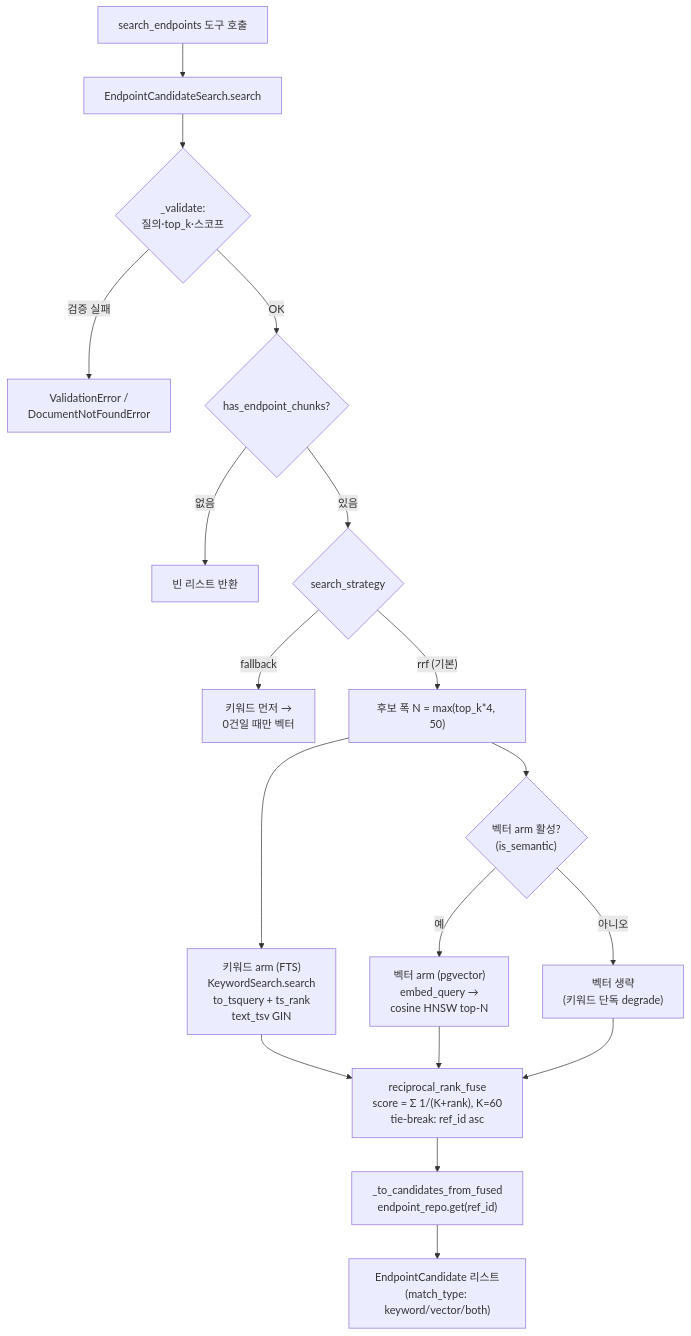
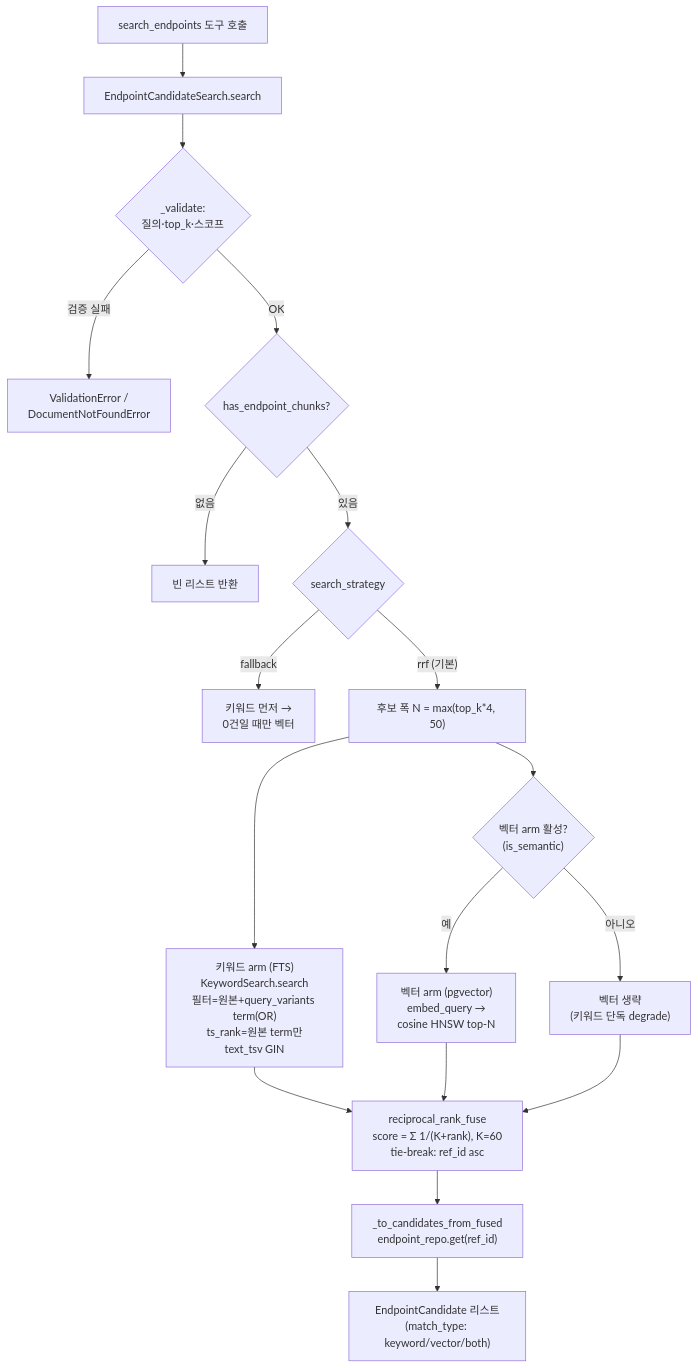
One commit to khangte/docs-mcp changed the first of 2 diagrams in docs/00-search-flow.md. Above: the diagram before and after it, drawn with Mermaid. The commit also changed other lines of this file and 14 other files, not shown here.

First line of the commit message:
feat: 엔드포인트 검색에 query_variants 배선, 순회 힌트 링크 추가

````diff
--- a/docs/00-search-flow.md
+++ b/docs/00-search-flow.md
@@ -75,20 +75,20 @@
 ```mermaid
 flowchart TD
     A["search_endpoints 도구 호출"] --> B["EndpointCandidateSearch.search"]
     B --> C{"_validate:<br/>질의·top_k·스코프"}
     C -->|"검증 실패"| ERR["ValidationError /<br/>DocumentNotFoundError"]
     C -->|"OK"| D{"has_endpoint_chunks?"}
     D -->|"없음"| EMPTY["빈 리스트 반환"]
     D -->|"있음"| STRAT{"search_strategy"}
     STRAT -->|"fallback"| FB["키워드 먼저 →<br/>0건일 때만 벡터"]
     STRAT -->|"rrf (기본)"| W["후보 폭 N = max(top_k*4, 50)"]
-    W --> KW["키워드 arm (FTS)<br/>KeywordSearch.search<br/>to_tsquery + ts_rank<br/>text_tsv GIN"]
+    W --> KW["키워드 arm (FTS)<br/>KeywordSearch.search<br/>필터=원본+query_variants term(OR)<br/>ts_rank=원본 term만<br/>text_tsv GIN"]
     W --> VECGATE{"벡터 arm 활성?<br/>(is_semantic)"}
     VECGATE -->|"예"| VEC["벡터 arm (pgvector)<br/>embed_query →<br/>cosine HNSW top-N"]
     VECGATE -->|"아니오"| SKIP["벡터 생략<br/>(키워드 단독 degrade)"]
     KW --> RRF["reciprocal_rank_fuse<br/>score = Σ 1/(K+rank), K=60<br/>tie-break: ref_id asc"]
     VEC --> RRF
     SKIP --> RRF
     RRF --> DTO["_to_candidates_from_fused<br/>endpoint_repo.get(ref_id)"]
     DTO --> OUT["EndpointCandidate 리스트<br/>(match_type: keyword/vector/both)"]
 ```
````
